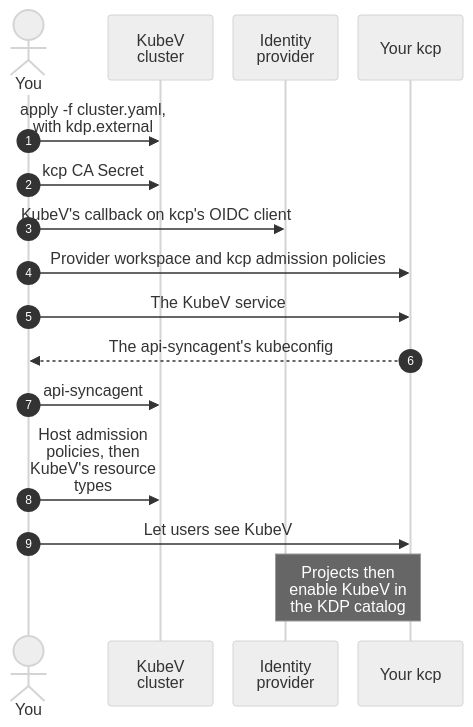
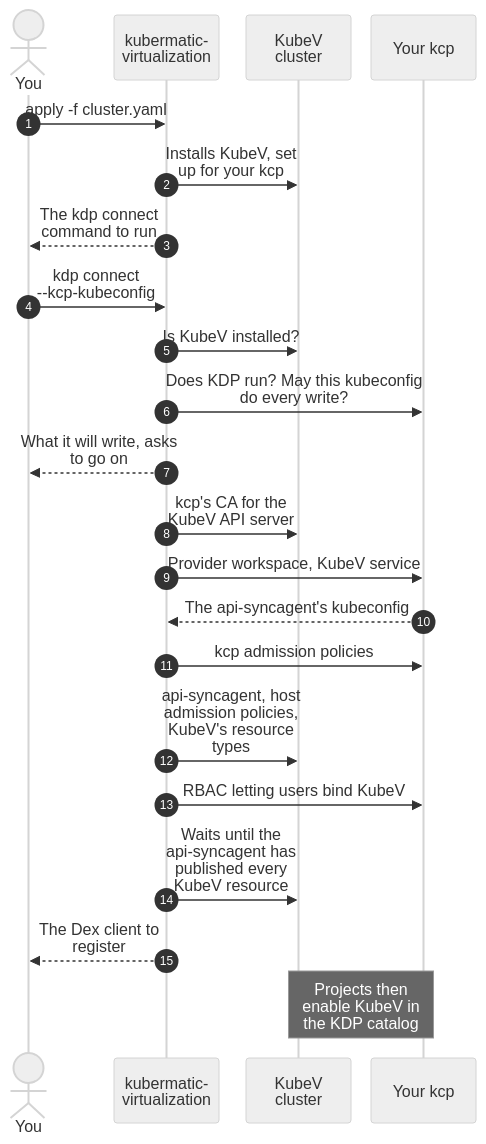
Before and after one commit to kubermatic/docs: the second of 2 diagrams in content/kubermatic-virtualization/main/kdp-integration/installation/external-kdp/_index.en.md, drawn with Mermaid (neutral theme). The commit also changed other lines of this file and 9 other files, not shown here.

First line of the commit message:
Set up bring your own KDP with kdp connect

````diff
--- a/content/kubermatic-virtualization/main/kdp-integration/installation/external-kdp/_index.en.md
+++ b/content/kubermatic-virtualization/main/kdp-integration/installation/external-kdp/_index.en.md
@@ -48,28 +75,34 @@
 ```mermaid
 ---
 config:
   sequence:
     wrap: true
     width: 105
     actorMargin: 20
     messageMargin: 30
     noteMargin: 8
 ---
 sequenceDiagram
   autonumber
   actor Op as You
+  participant I as kubermatic-<br/>virtualization
   participant H as KubeV<br/>cluster
-  participant IdP as Identity<br/>provider
   participant K as Your kcp
 
-  Op->>H: apply -f cluster.yaml, with kdp.external
-  Op->>H: kcp CA Secret
-  Op->>IdP: KubeV's callback on kcp's OIDC client
-  Op->>K: Provider workspace and kcp admission policies
-  Op->>K: The KubeV service
-  K-->>Op: The api-syncagent's kubeconfig
-  Op->>H: api-syncagent
-  Op->>H: Host admission policies, then KubeV's resource types
-  Op->>K: Let users see KubeV
-  Note over IdP,K: Projects then enable KubeV in the KDP catalog
+  Op->>I: apply -f cluster.yaml
+  I->>H: Installs KubeV, set up for your kcp
+  I-->>Op: The kdp connect command to run
+  Op->>I: kdp connect --kcp-kubeconfig
+  I->>H: Is KubeV installed?
+  I->>K: Does KDP run? May this kubeconfig do every write?
+  I-->>Op: What it will write, asks to go on
+  I->>H: kcp's CA for the KubeV API server
+  I->>K: Provider workspace, KubeV service
+  K-->>I: The api-syncagent's kubeconfig
+  I->>K: kcp admission policies
+  I->>H: api-syncagent, host admission policies, KubeV's resource types
+  I->>K: RBAC letting users bind KubeV
+  I->>H: Waits until the api-syncagent has published every KubeV resource
+  I-->>Op: The Dex client to register
+  Note over H,K: Projects then enable KubeV in the KDP catalog
 ```
````
